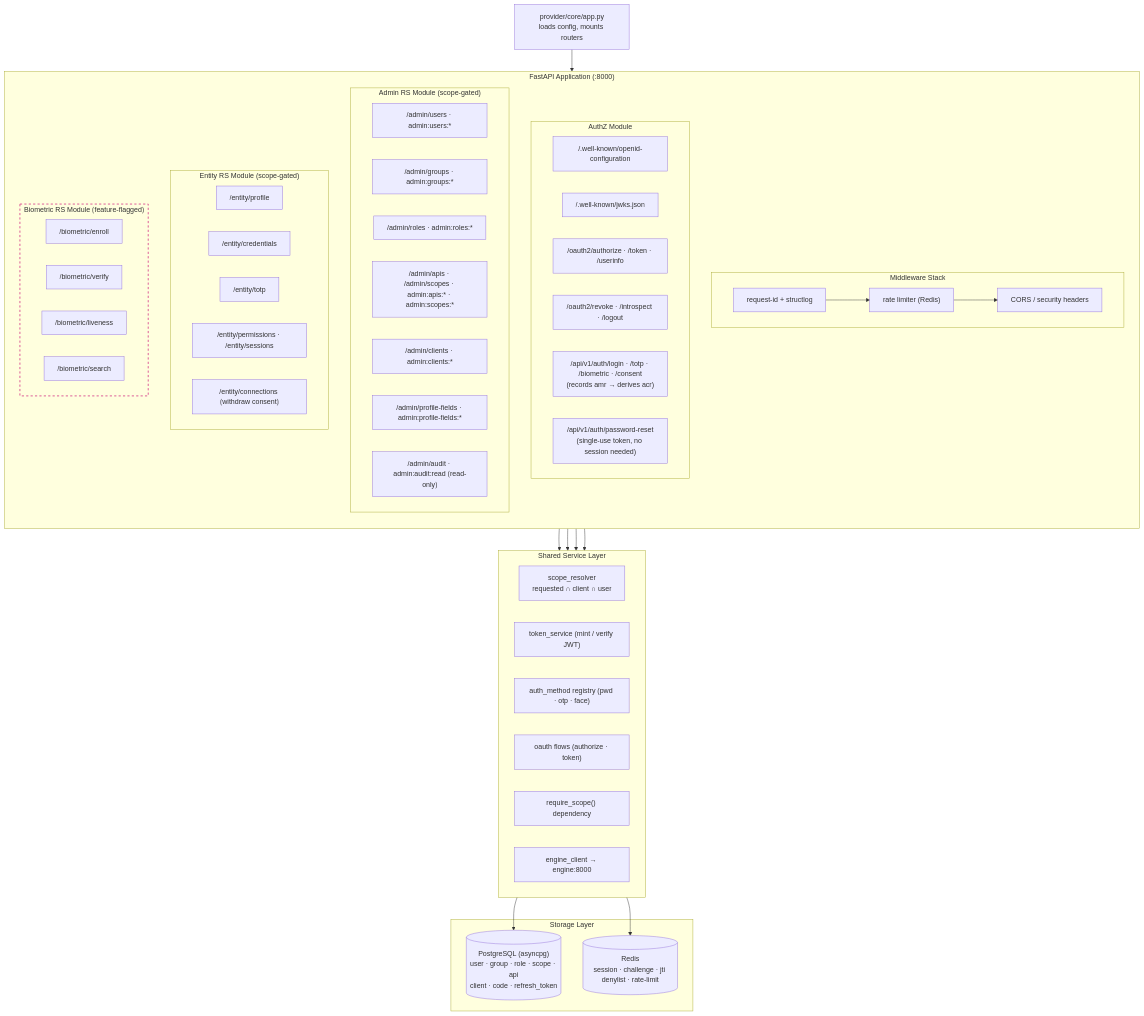
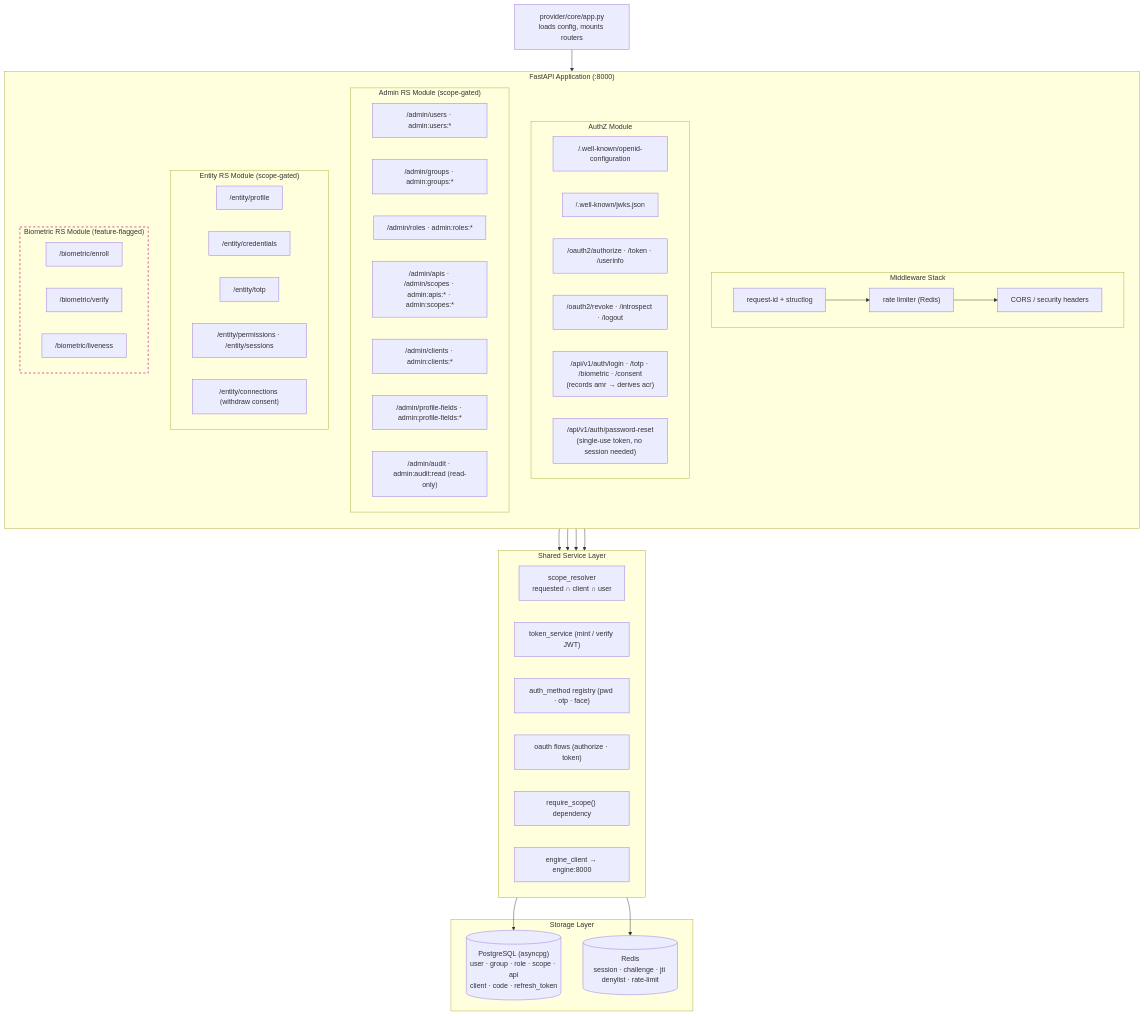
The sixth of 7 diagrams in README.md (Project-IDEN/iden), drawn with Mermaid before and after one commit. The commit also changed other lines of this file and 4 other files, not shown here.

````diff
--- a/README.md
+++ b/README.md
@@ -480,70 +477,69 @@
 ```mermaid
 flowchart TB
   Entry["provider/core/app.py<br/>loads config, mounts routers"]
 
   subgraph App["FastAPI Application (:8000)"]
     direction TB
 
     subgraph Middleware["Middleware Stack"]
       MW1["request-id + structlog"] --> MW2["rate limiter (Redis)"] --> MW3["CORS / security headers"]
     end
 
     subgraph AuthZMod["AuthZ Module"]
       AZ1["/.well-known/openid-configuration"]
       AZ2["/.well-known/jwks.json"]
       AZ3["/oauth2/authorize · /token · /userinfo"]
       AZ4["/oauth2/revoke · /introspect · /logout"]
       AZ5["/api/v1/auth/login · /totp · /biometric · /consent<br/>(records amr → derives acr)"]
       AZ6["/api/v1/auth/password-reset<br/>(single-use token, no session needed)"]
     end
 
     subgraph AdminMod["Admin RS Module (scope-gated)"]
       AD1["/admin/users · admin:users:*"]
       AD2["/admin/groups · admin:groups:*"]
       AD3["/admin/roles · admin:roles:*"]
       AD4["/admin/apis · /admin/scopes · admin:apis:* · admin:scopes:*"]
       AD5["/admin/clients · admin:clients:*"]
       AD6["/admin/profile-fields · admin:profile-fields:*"]
       AD7["/admin/audit · admin:audit:read ⟮read-only⟯"]
     end
 
     subgraph EntityMod["Entity RS Module (scope-gated)"]
       EN1["/entity/profile"]
       EN2["/entity/credentials"]
       EN3["/entity/totp"]
       EN4["/entity/permissions · /entity/sessions"]
       EN5["/entity/connections ⟮withdraw consent⟯"]
     end
 
     subgraph BioMod["Biometric RS Module ⟮feature-flagged⟯"]
       BI1["/biometric/enroll"]
       BI2["/biometric/verify"]
       BI3["/biometric/liveness"]
-      BI4["/biometric/search"]
     end
   end
 
   subgraph Shared["Shared Service Layer"]
     SV1["scope_resolver<br/>requested ∩ client ∩ user"]
     SV2["token_service (mint / verify JWT)"]
     SV3["auth_method registry (pwd · otp · face)"]
     SV4["oauth flows (authorize · token)"]
     SV5["require_scope() dependency"]
     SV6["engine_client → engine:8000"]
   end
 
   subgraph Storage["Storage Layer"]
     PG[("PostgreSQL (asyncpg)<br/>user · group · role · scope · api<br/>client · code · refresh_token")]
     RD[("Redis<br/>session · challenge · jti denylist · rate-limit")]
   end
 
   Entry --> App
   AuthZMod --> Shared
   AdminMod --> Shared
   EntityMod --> Shared
   BioMod --> Shared
   Shared --> PG
   Shared --> RD
 
   style BioMod stroke:#d94a90,stroke-width:2px,stroke-dasharray: 5 5
 ```
````
